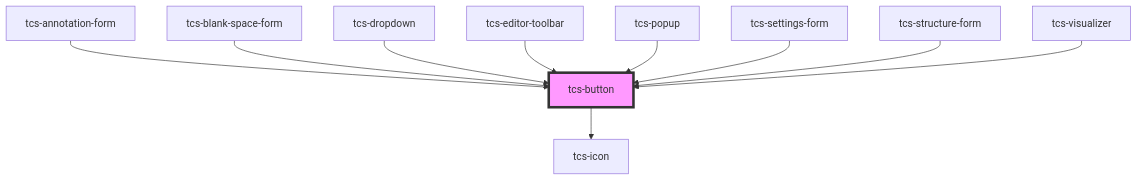
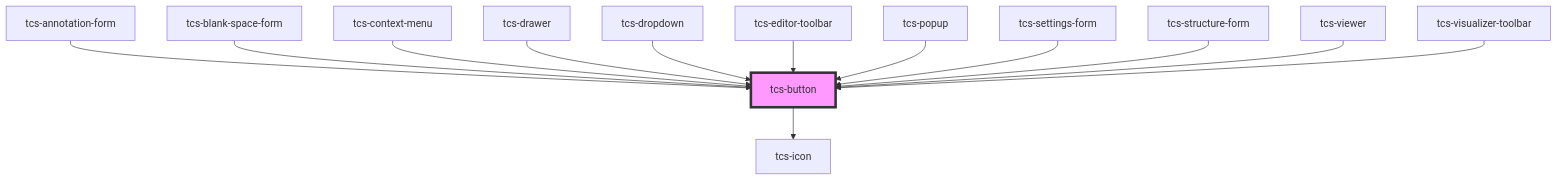
Before and after one commit to scribes-app/tei-component-suite: the diagram in src/components/tcs-button/readme.md, drawn with Mermaid. The commit also changed other lines of this file and 10 other files, not shown here.

````diff
--- a/src/components/tcs-button/readme.md
+++ b/src/components/tcs-button/readme.md
@@ -51,13 +54,16 @@
 ```mermaid
 graph TD;
   tcs-button --> tcs-icon
   tcs-annotation-form --> tcs-button
   tcs-blank-space-form --> tcs-button
+  tcs-context-menu --> tcs-button
+  tcs-drawer --> tcs-button
   tcs-dropdown --> tcs-button
   tcs-editor-toolbar --> tcs-button
   tcs-popup --> tcs-button
   tcs-settings-form --> tcs-button
   tcs-structure-form --> tcs-button
-  tcs-visualizer --> tcs-button
+  tcs-viewer --> tcs-button
+  tcs-visualizer-toolbar --> tcs-button
   style tcs-button fill:#f9f,stroke:#333,stroke-width:4px
 ```
````
